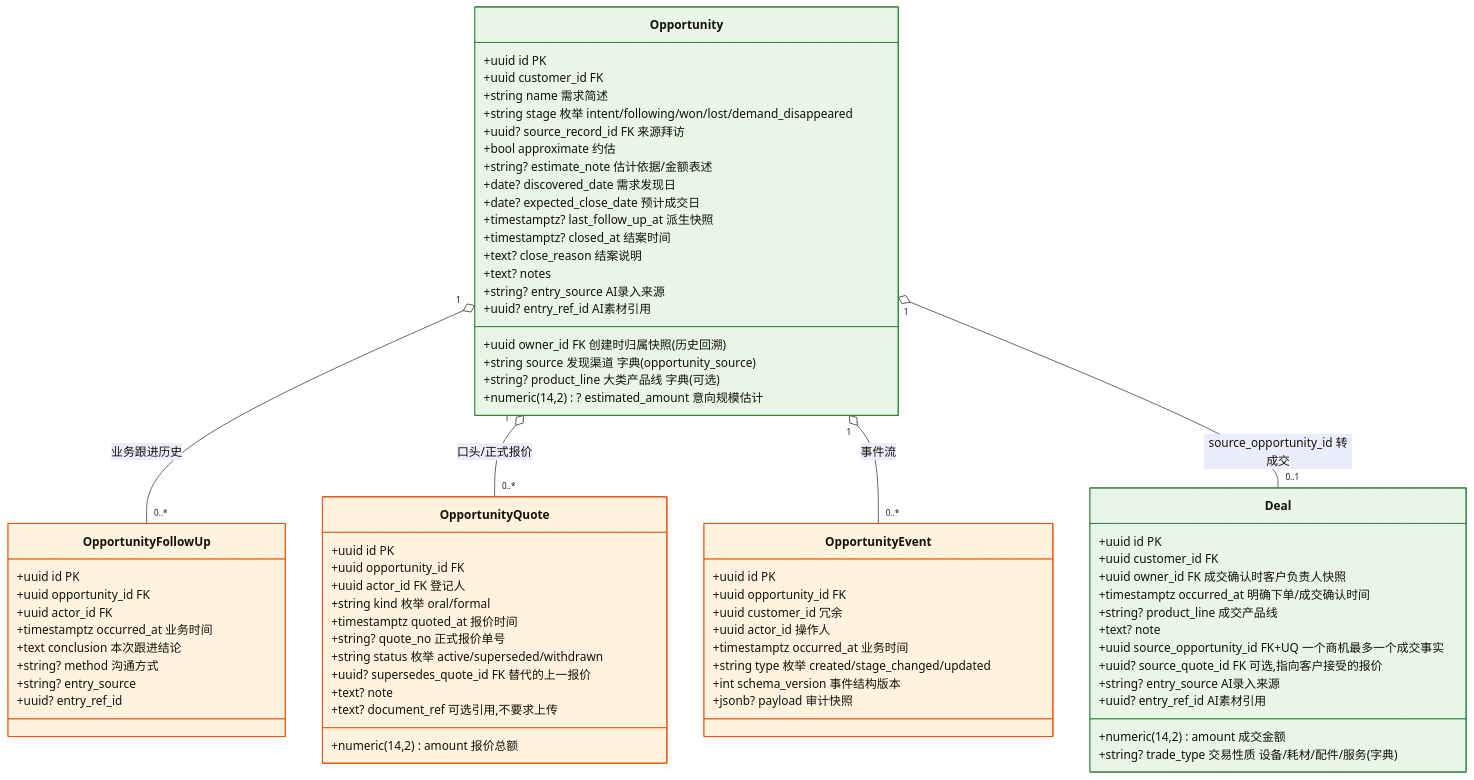
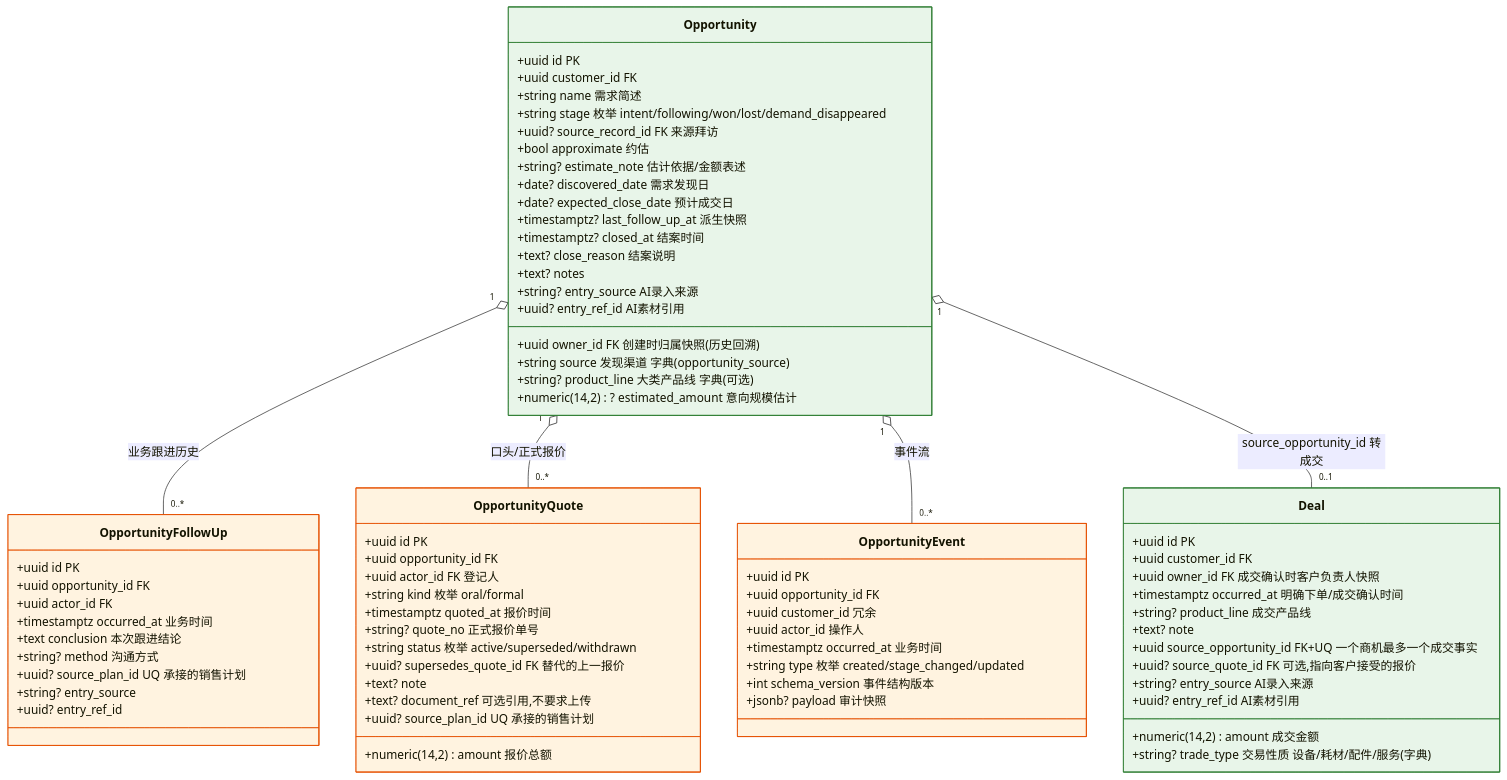
The second of 26 diagrams in docs/重构架构决策与实施蓝图.md (lixiname/LITECRM), drawn with Mermaid before and after one commit. The commit also changed other lines of this file and 72 other files, not shown here.

````diff
--- a/docs/重构架构决策与实施蓝图.md
+++ b/docs/重构架构决策与实施蓝图.md
@@ -462,80 +462,82 @@
 ```mermaid
 classDiagram
     class Opportunity {
         +uuid id PK
         +uuid customer_id FK
         +uuid owner_id FK 创建时归属快照(历史回溯)
         +string name 需求简述
         +string stage 枚举 intent/following/won/lost/demand_disappeared
         +string source 发现渠道 字典(opportunity_source)
         +string? product_line 大类产品线 字典(可选)
         +uuid? source_record_id FK 来源拜访
         +numeric(14,2)? estimated_amount 意向规模估计
         +bool approximate 约估
         +string? estimate_note 估计依据/金额表述
         +date? discovered_date 需求发现日
         +date? expected_close_date 预计成交日
         +timestamptz? last_follow_up_at 派生快照
         +timestamptz? closed_at 结案时间
         +text? close_reason 结案说明
         +text? notes
         +string? entry_source AI录入来源
         +uuid? entry_ref_id AI素材引用
     }
     class OpportunityFollowUp {
         +uuid id PK
         +uuid opportunity_id FK
         +uuid actor_id FK
         +timestamptz occurred_at 业务时间
         +text conclusion 本次跟进结论
         +string? method 沟通方式
+        +uuid? source_plan_id UQ 承接的销售计划
         +string? entry_source
         +uuid? entry_ref_id
     }
     class OpportunityQuote {
         +uuid id PK
         +uuid opportunity_id FK
         +uuid actor_id FK 登记人
         +string kind 枚举 oral/formal
         +timestamptz quoted_at 报价时间
         +numeric(14,2) amount 报价总额
         +string? quote_no 正式报价单号
         +string status 枚举 active/superseded/withdrawn
         +uuid? supersedes_quote_id FK 替代的上一报价
         +text? note
         +text? document_ref 可选引用,不要求上传
+        +uuid? source_plan_id UQ 承接的销售计划
     }
     class OpportunityEvent {
         +uuid id PK
         +uuid opportunity_id FK
         +uuid customer_id 冗余
         +uuid actor_id 操作人
         +timestamptz occurred_at 业务时间
         +string type 枚举 created/stage_changed/updated
         +int schema_version 事件结构版本
         +jsonb? payload 审计快照
     }
     class Deal {
         +uuid id PK
         +uuid customer_id FK
         +uuid owner_id FK 成交确认时客户负责人快照
         +timestamptz occurred_at 明确下单/成交确认时间
         +numeric(14,2) amount 成交金额
         +string? product_line 成交产品线
         +string? trade_type 交易性质 设备/耗材/配件/服务(字典)
         +text? note
         +uuid source_opportunity_id FK+UQ 一个商机最多一个成交事实
         +uuid? source_quote_id FK 可选,指向客户接受的报价
         +string? entry_source AI录入来源
         +uuid? entry_ref_id AI素材引用
     }
     Opportunity "1" o-- "0..*" OpportunityFollowUp : 业务跟进历史
     Opportunity "1" o-- "0..*" OpportunityQuote : 口头/正式报价
     Opportunity "1" o-- "0..*" OpportunityEvent : 事件流
     Opportunity "1" o-- "0..1" Deal : source_opportunity_id 转成交
     style Opportunity fill:#e8f5e9,stroke:#2e7d32
     style Deal fill:#e8f5e9,stroke:#2e7d32
     style OpportunityFollowUp fill:#fff3e0,stroke:#e65100
     style OpportunityQuote fill:#fff3e0,stroke:#e65100
     style OpportunityEvent fill:#fff3e0,stroke:#e65100
 ```
````
